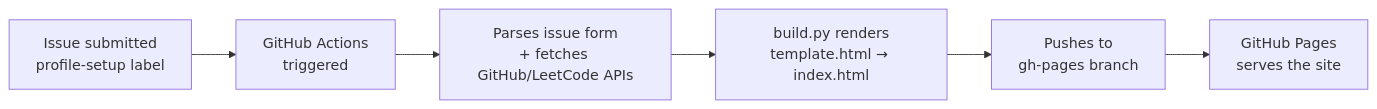
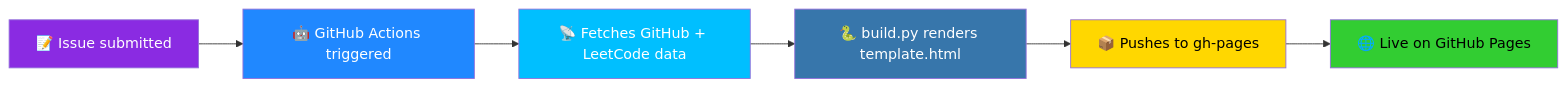
One commit to tpbrdatta/terminal-portfolio-generator changed the diagram in README.md. Above: the diagram before and after it, drawn with Mermaid. The commit also changed other lines of this file, not shown here.

````diff
--- a/README.md
+++ b/README.md
@@ -94,8 +95,15 @@
 ```mermaid
 flowchart LR
-    A[Issue submitted<br/>profile-setup label] --> B[GitHub Actions<br/>triggered]
-    B --> C[Parses issue form<br/>+ fetches GitHub/LeetCode APIs]
-    C --> D[build.py renders<br/>template.html → index.html]
-    D --> E[Pushes to<br/>gh-pages branch]
-    E --> F[GitHub Pages<br/>serves the site]
+    A[📝 Issue submitted] --> B[🤖 GitHub Actions triggered]
+    B --> C[📡 Fetches GitHub + LeetCode data]
+    C --> D[🐍 build.py renders template.html]
+    D --> E[📦 Pushes to gh-pages]
+    E --> F[🌐 Live on GitHub Pages]
+
+    style A fill:#8A2BE2,color:#fff
+    style B fill:#2088FF,color:#fff
+    style C fill:#00BFFF,color:#fff
+    style D fill:#3776AB,color:#fff
+    style E fill:#FFD700,color:#000
+    style F fill:#32CD32,color:#000
 ```
````
